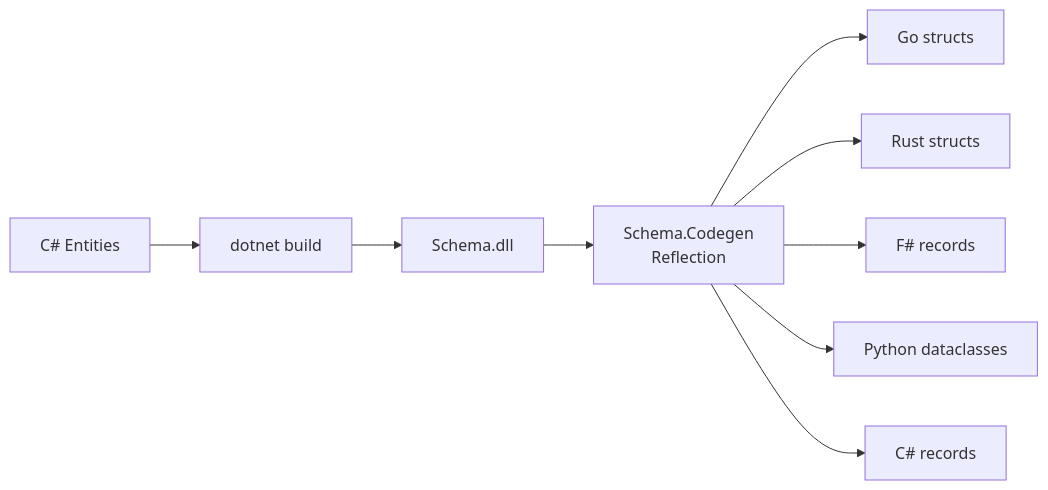
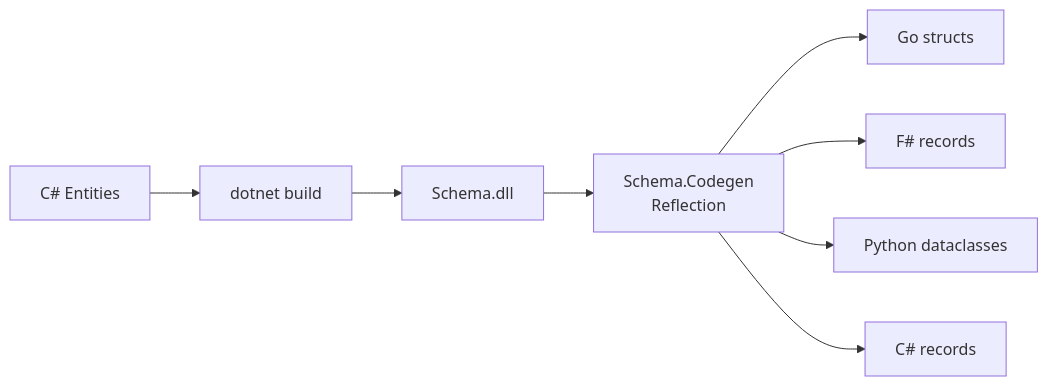
The second of 2 diagrams in docs/architecture/schema.md (Nechja/hellArch), drawn with Mermaid before and after one commit. The commit also changed other lines of this file and 254 other files, not shown here.

````diff
--- a/docs/architecture/schema.md
+++ b/docs/architecture/schema.md
@@ -66,11 +66,10 @@
 ```mermaid
 graph LR
     ENTITIES[C# Entities] --> BUILD[dotnet build]
     BUILD --> DLL[Schema.dll]
     DLL --> CODEGEN[Schema.Codegen<br/>Reflection]
     CODEGEN --> GO[Go structs]
-    CODEGEN --> RUST[Rust structs]
     CODEGEN --> FSHARP[F# records]
     CODEGEN --> PYTHON[Python dataclasses]
     CODEGEN --> CSHARP[C# records]
 ```
````
